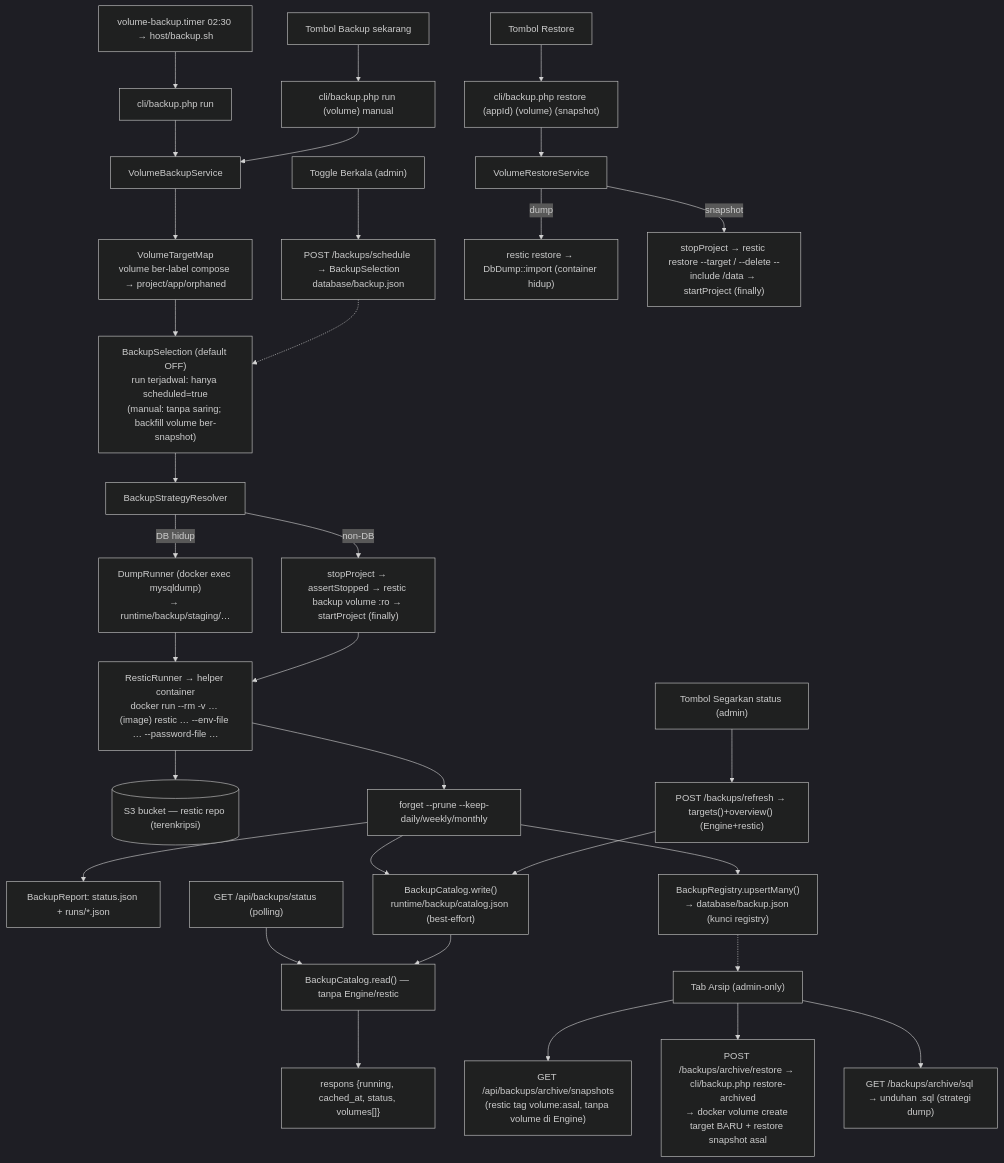
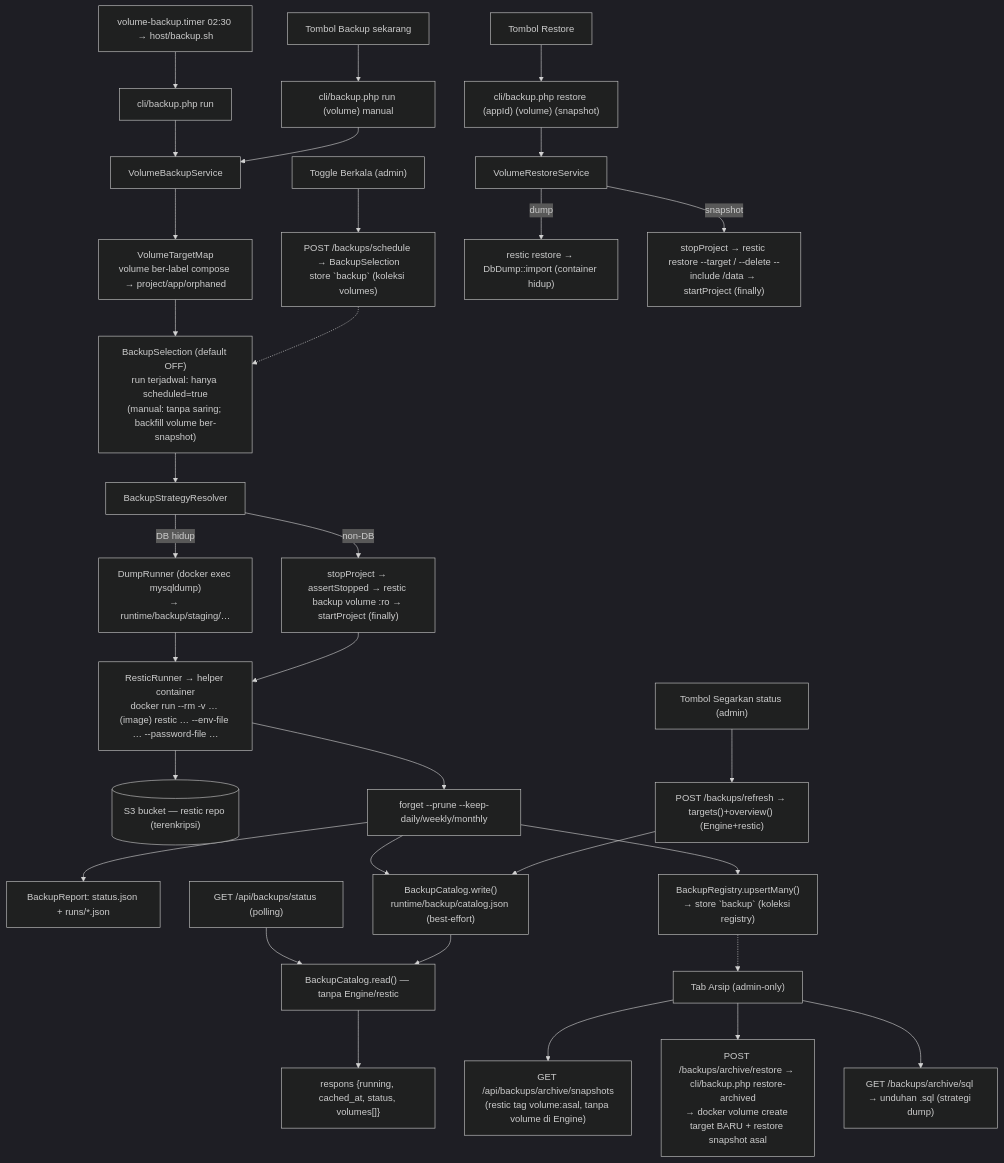
One commit to yllumi/rames changed the fifth of 9 diagrams in ARCHITECTURE.md. Above: the diagram before and after it, drawn with Mermaid (dark theme). The commit also changed other lines of this file and 78 other files, not shown here.

````diff
--- a/ARCHITECTURE.md
+++ b/ARCHITECTURE.md
@@ -614,34 +626,34 @@
 ```mermaid
 flowchart TD
     T["volume-backup.timer 02:30 → host/backup.sh"] --> CLI["cli/backup.php run"]
     U[Tombol Backup sekarang] --> CLI2["cli/backup.php run (volume) manual"]
     R2[Tombol Restore] --> CLI3["cli/backup.php restore (appId) (volume) (snapshot)"]
     CLI --> SVC[VolumeBackupService]
     CLI2 --> SVC
     SVC --> TGT["VolumeTargetMap<br/>volume ber-label compose → project/app/orphaned"]
     TGT --> SELF["BackupSelection (default OFF)<br/>run terjadwal: hanya scheduled=true<br/>(manual: tanpa saring; backfill volume ber-snapshot)"]
     SELF --> RES[BackupStrategyResolver]
     RES -- "DB hidup" --> DUMP["DumpRunner (docker exec mysqldump)<br/>→ runtime/backup/staging/…"]
     RES -- "non-DB" --> SNAP["stopProject → assertStopped → restic backup volume :ro → startProject (finally)"]
     DUMP --> REST["ResticRunner → helper container<br/>docker run --rm -v … (image) restic … --env-file … --password-file …"]
     SNAP --> REST
     REST --> S3[("S3 bucket — restic repo (terenkripsi)")]
     REST --> FORGET["forget --prune --keep-daily/weekly/monthly"]
     FORGET --> REP["BackupReport: status.json + runs/*.json"]
     FORGET --> CATW["BackupCatalog.write()<br/>runtime/backup/catalog.json (best-effort)"]
     RF["Tombol Segarkan status (admin)"] --> REF["POST /backups/refresh → targets()+overview() (Engine+restic)"]
     REF --> CATW
     ST["GET /api/backups/status (polling)"] --> CAT["BackupCatalog.read() — tanpa Engine/restic"]
     CATW --> CAT
     CAT --> RESP["respons {running, cached_at, status, volumes[]}"]
-    SCH["Toggle Berkala (admin)"] --> SELW["POST /backups/schedule → BackupSelection<br/>database/backup.json"]
+    SCH["Toggle Berkala (admin)"] --> SELW["POST /backups/schedule → BackupSelection<br/>store `backup` (koleksi volumes)"]
     SELW -.-> SELF
     CLI3 --> RSVC[VolumeRestoreService]
     RSVC -- dump --> IMP["restic restore → DbDump::import (container hidup)"]
     RSVC -- snapshot --> RS["stopProject → restic restore --target / --delete --include /data → startProject (finally)"]
-    FORGET --> REGW["BackupRegistry.upsertMany()<br/>→ database/backup.json (kunci registry)"]
+    FORGET --> REGW["BackupRegistry.upsertMany()<br/>→ store `backup` (koleksi registry)"]
     AR["Tab Arsip (admin-only)"] --> ASN["GET /api/backups/archive/snapshots<br/>(restic tag volume:asal, tanpa volume di Engine)"]
     AR --> ACR["POST /backups/archive/restore → cli/backup.php restore-archived<br/>→ docker volume create target BARU + restore snapshot asal"]
     AR --> AQL["GET /backups/archive/sql → unduhan .sql (strategi dump)"]
     REGW -.-> AR
 ```
````
